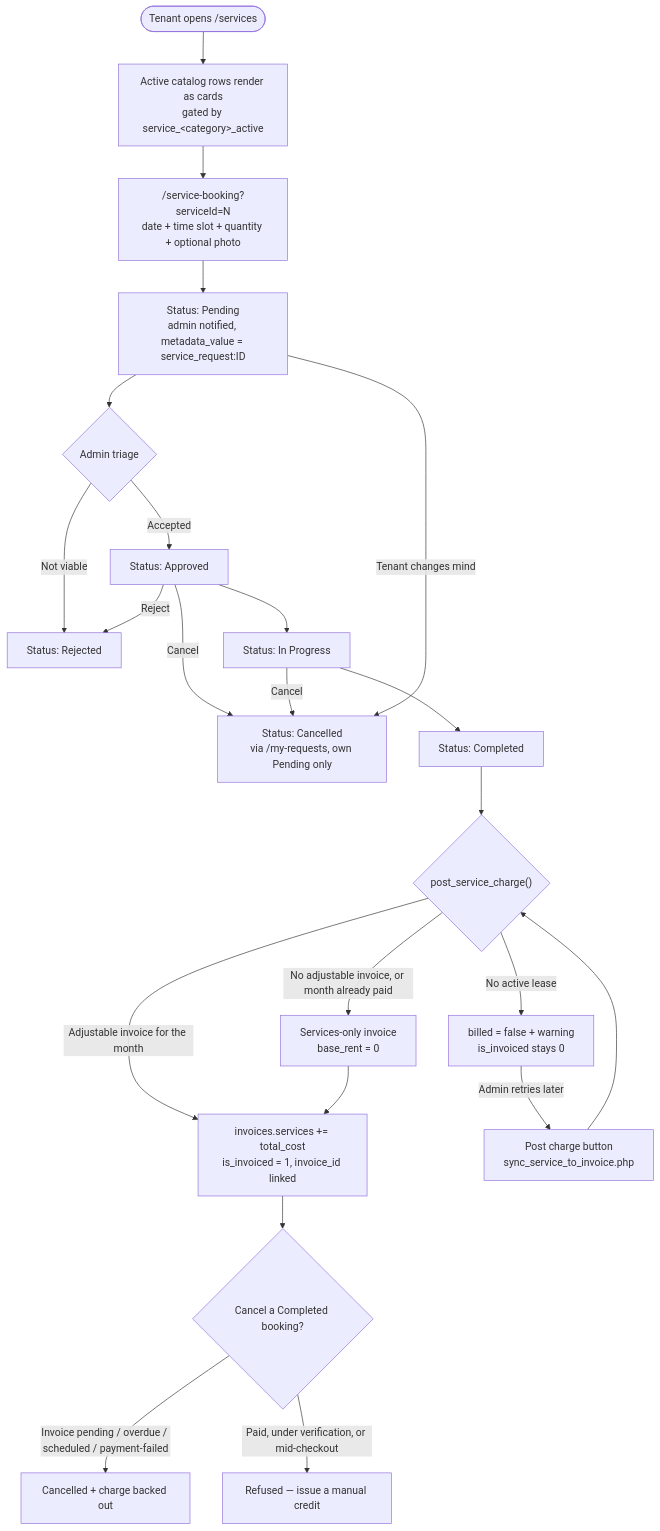
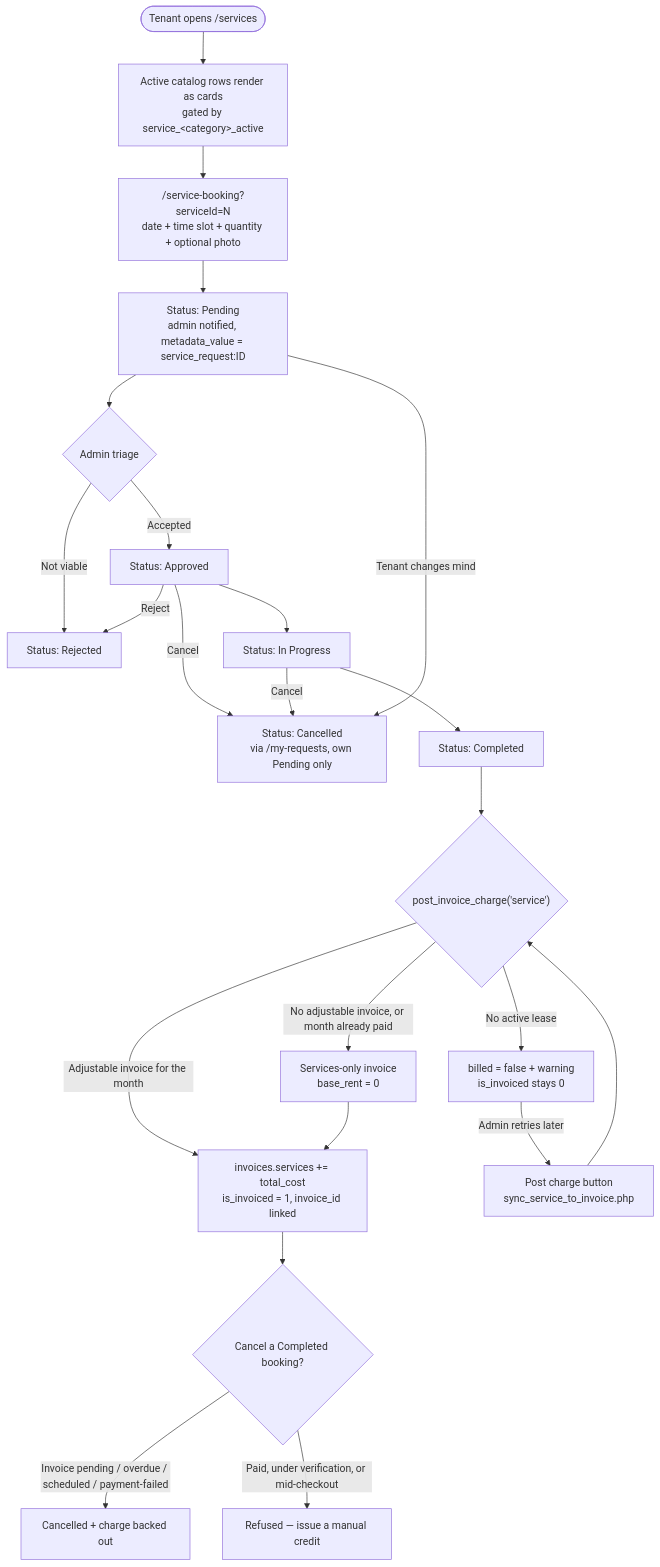
The diagram in docs/features/service_management_design.md (Keonbe/ApartmentManagementSystem_React), drawn with Mermaid before and after one commit. The commit also changed other lines of this file and 17 other files, not shown here.

First line of the commit message:
refactor(billing): one post/reverse module for service, maintenance and parking charges

````diff
--- a/docs/features/service_management_design.md
+++ b/docs/features/service_management_design.md
@@ -48,25 +48,25 @@
 ```mermaid
 flowchart TD
     A(["Tenant opens /services"]) --> B["Active catalog rows render as cards<br/>gated by service_&lt;category&gt;_active"]
     B --> C["/service-booking?serviceId=N<br/>date + time slot + quantity + optional photo"]
     C --> D["Status: Pending<br/>admin notified, metadata_value = service_request:ID"]
     D --> E{"Admin triage"}
     E -->|Not viable| F["Status: Rejected"]
     E -->|Accepted| G["Status: Approved"]
     D -->|Tenant changes mind| H["Status: Cancelled<br/>via /my-requests, own Pending only"]
     G -->|Reject| F
     G -->|Cancel| H
     G --> I["Status: In Progress"]
     I -->|Cancel| H
     I --> J["Status: Completed"]
-    J --> K{"post_service_charge()"}
+    J --> K{"post_invoice_charge('service')"}
     K -->|Adjustable invoice for the month| L["invoices.services += total_cost<br/>is_invoiced = 1, invoice_id linked"]
     K -->|No adjustable invoice, or month already paid| S["Services-only invoice<br/>base_rent = 0"]
     S --> L
     K -->|No active lease| M["billed = false + warning<br/>is_invoiced stays 0"]
     M -->|Admin retries later| N["Post charge button<br/>sync_service_to_invoice.php"]
     N --> K
     L --> O{"Cancel a Completed booking?"}
     O -->|Invoice pending / overdue / scheduled / payment-failed| P["Cancelled + charge backed out"]
     O -->|Paid, under verification, or mid-checkout| Q["Refused — issue a manual credit"]
 ```
````
